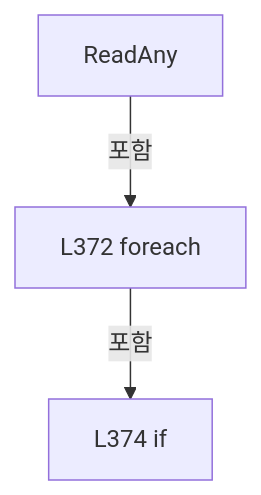
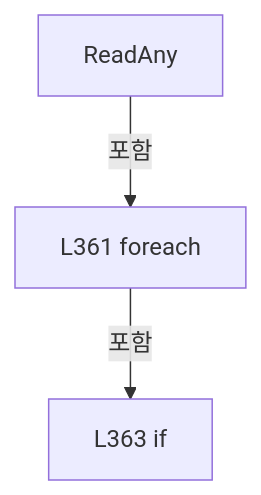
The sixth of 9 diagrams in A3 LD Code Ref/files/Drilling.File/Product/CProductFile.cs.md (kjuws10-rgb/Shared), drawn with Mermaid before and after one commit. The commit also changed other lines of this file and 8055 other files, not shown here.

Commit message:
docs(a3): trace Stage Glass Data and refresh architecture and full code reference

````diff
--- a/A3 LD Code Ref/files/Drilling.File/Product/CProductFile.cs.md
+++ b/A3 LD Code Ref/files/Drilling.File/Product/CProductFile.cs.md
@@ -1888,8 +1888,8 @@
 ```mermaid
 flowchart TD
  M["ReadAny"]
- N0["L372 foreach"]
+ N0["L361 foreach"]
  M -->|포함| N0
- N1["L374 if"]
+ N1["L363 if"]
  N0 -->|포함| N1
 ```
````
